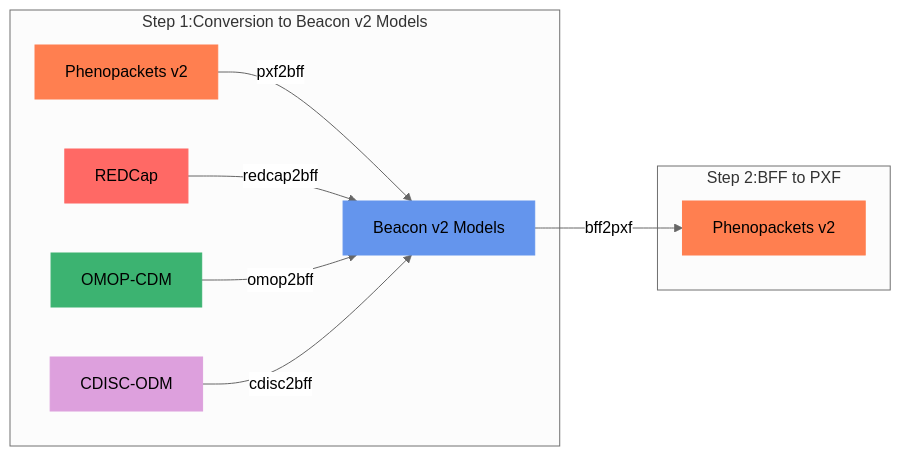
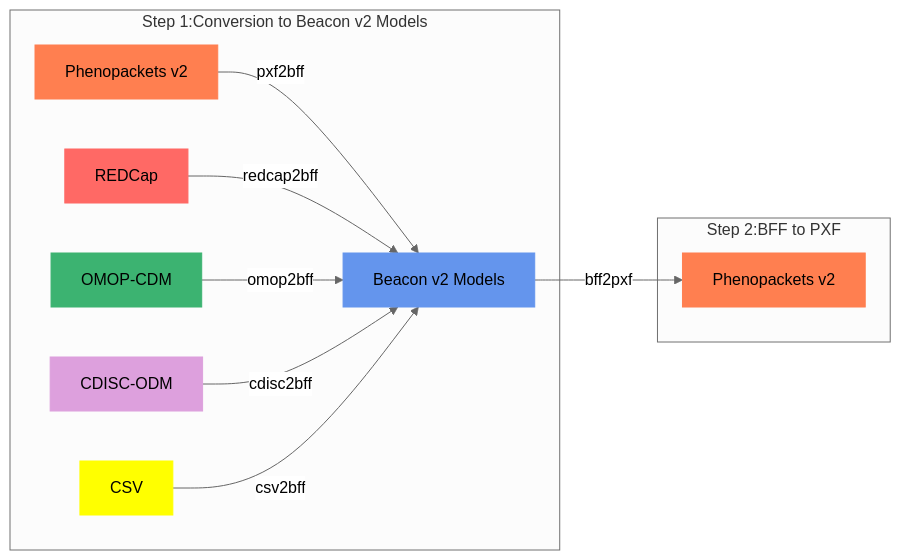
Before and after one commit to CNAG-Biomedical-Informatics/convert-pheno: the diagram in docs/mapping-steps.md, drawn with Mermaid. The commit also changed other lines of this file and 7 other files, not shown here.

````diff
--- a/docs/mapping-steps.md
+++ b/docs/mapping-steps.md
@@ -5,21 +5,23 @@
 ```mermaid
 %%{init: {'theme':'neutral'}}%%
 graph LR
   subgraph "Step 1:Conversion to Beacon v2 Models"
   B[Phenopackets v2] -->|pxf2bff| A
   C[REDCap] -->|redcap2bff| A[Beacon v2 Models]
   D[OMOP-CDM] -->|omop2bff| A
   E[CDISC-ODM] -->|cdisc2bff| A
+  G[CSV] -->|csv2bff| A
   end
 
   subgraph "Step 2:BFF to PXF"
   A --> |bff2pxf| F[Phenopackets v2]
   end
 
   style A fill: #6495ED, stroke: #6495ED
   style B fill: #FF7F50, stroke: #FF7F50
   style C fill: #FF6965, stroke: #FF6965
   style D fill: #3CB371, stroke: #3CB371
   style E fill: #DDA0DD, stroke: #DDA0DD
   style F fill: #FF7F50, stroke: #FF7F50
+  style G fill: #FFFF00, stroke: #FFFF00
 ```
````
